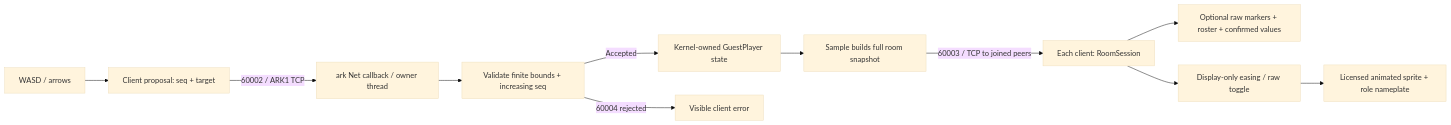
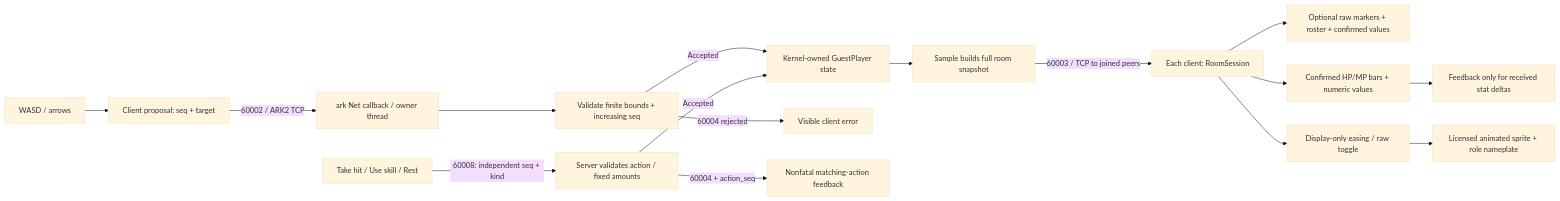
Before and after one commit to OpenArkStudio/ark-client-godot: the diagram in docs/data-sync.md, drawn with Mermaid (base theme). The commit also changed other lines of this file and 28 other files, not shown here.

````diff
--- a/docs/data-sync.md
+++ b/docs/data-sync.md
@@ -10,13 +10,18 @@
 ```mermaid
 flowchart LR
     Input[WASD / arrows] --> Proposal[Client proposal: seq + target]
-    Proposal -->|60002 / ARK1 TCP| Net[ark Net callback / owner thread]
+    Proposal -->|60002 / ARK2 TCP| Net[ark Net callback / owner thread]
     Net --> Check[Validate finite bounds + increasing seq]
     Check -->|Accepted| Kernel[Kernel-owned GuestPlayer state]
     Check -->|60004 rejected| Error[Visible client error]
+    Action[Take hit / Use skill / Rest] -->|60008: independent seq + kind| ActionCheck[Server validates action / fixed amounts]
+    ActionCheck -->|Accepted| Kernel
+    ActionCheck -->|60004 + action_seq| Rejection[Nonfatal matching-action feedback]
     Kernel --> Snapshot[Sample builds full room snapshot]
     Snapshot -->|60003 / TCP to joined peers| Room[Each client: RoomSession]
     Room --> Raw[Optional raw markers + roster + confirmed values]
+    Room --> Stats[Confirmed HP/MP bars + numeric values]
+    Stats --> Delta[Feedback only for received stat deltas]
     Room --> Display[Display-only easing / raw toggle]
     Display --> Avatar[Licensed animated sprite + role nameplate]
 ```
````
